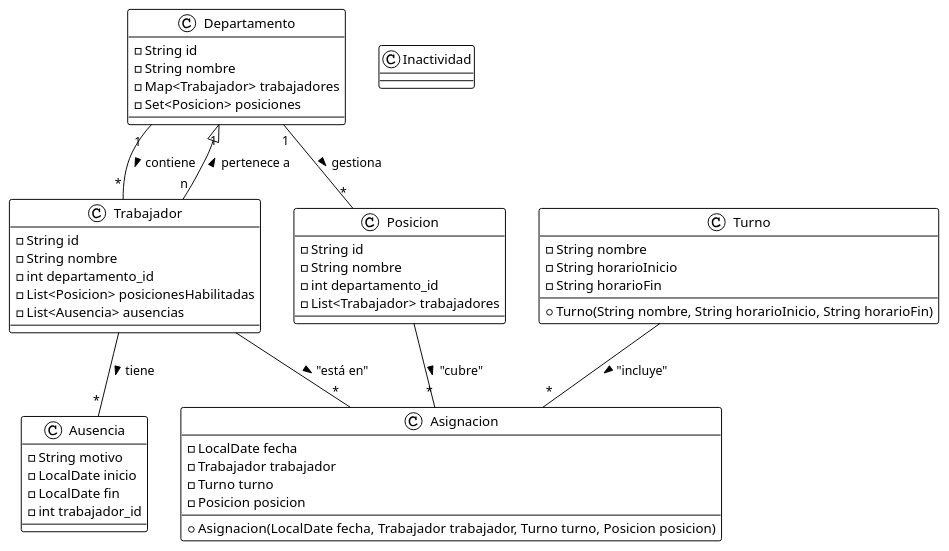
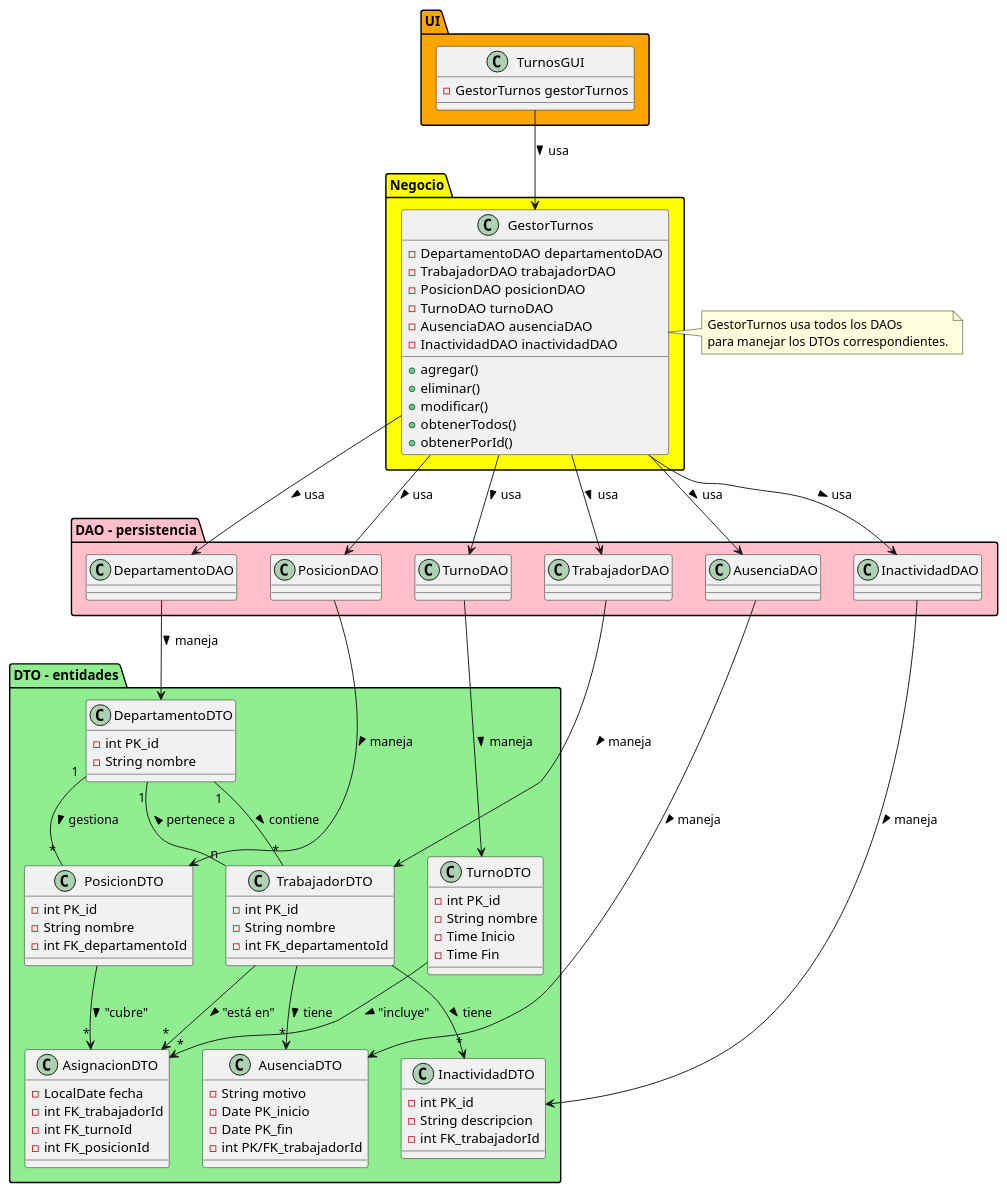
Before and after one commit to flpmarin/GestorDeTurnos: the diagram in DiagramaER.puml, drawn with PlantUML. The commit also changed 19 other files, not shown here.

Commit message:
actualizar diagrama de clases

```diff
--- a/DiagramaER.puml
+++ b/DiagramaER.puml
@@ -1,52 +1,109 @@
 @startuml turnos
-!theme plain
-class Departamento {
-    - String id
-    - String nombre
-    - Map<Trabajador> trabajadores
-    - Set<Posicion> posiciones
-}
-class Trabajador {
-    - String id
-    - String nombre
-    - int departamento_id
-    - List<Posicion> posicionesHabilitadas
-    - List<Ausencia> ausencias
-}
-class Turno {
-    - String nombre
-    - String horarioInicio
-    - String horarioFin
-    + Turno(String nombre, String horarioInicio, String horarioFin)
-}
-class Posicion {
-    - String id
-    - String nombre
-    - int departamento_id
-    - List<Trabajador> trabajadores
-}
-class Ausencia {
-    - String motivo
-    - LocalDate inicio
-    - LocalDate fin
-    - int trabajador_id
-}
-class Asignacion {
-    - LocalDate fecha
-    - Trabajador trabajador
-    - Turno turno
-    - Posicion posicion
-    + Asignacion(LocalDate fecha, Trabajador trabajador, Turno turno, Posicion posicion)
+' En un diagrama UML, las relaciones entre las clases a menudo se representan con líneas de asociación, por lo que no es necesario duplicar esta información en las listas dentro de las clases.
+package "DTO - entidades" #LightGreen {
+
+    class DepartamentoDTO {
+        - int PK_id
+        - String nombre
+    }
+    class TrabajadorDTO {
+        - int PK_id
+        - String nombre
+        - int FK_departamentoId
+    }
+    class TurnoDTO {
+        - int PK_id
+        - String nombre
+        - Time Inicio
+        - Time Fin
+    }
+    class PosicionDTO {
+        - int PK_id
+        - String nombre
+        - int FK_departamentoId
+    }
+
+    class AusenciaDTO {
+        - String motivo
+        - Date PK_inicio
+        - Date PK_fin
+        - int PK/FK_trabajadorId
+    }
+
+    class AsignacionDTO {
+        - LocalDate fecha
+        - int FK_trabajadorId
+        - int FK_turnoId
+        - int FK_posicionId
+    }
+    class InactividadDTO {
+        - int PK_id
+        - String descripcion
+        - int FK_trabajadorId
+    }
+
+
 }
 
-class Inactividad {
+package "Negocio" #Yellow {
+    class GestorTurnos {
+        - DepartamentoDAO departamentoDAO
+        - TrabajadorDAO trabajadorDAO
+        - PosicionDAO posicionDAO
+        - TurnoDAO turnoDAO
+        - AusenciaDAO ausenciaDAO
+        - InactividadDAO inactividadDAO
+        + agregar()
+        + eliminar()
+        + modificar()
+        + obtenerTodos()
+        + obtenerPorId()
+    }
 }
 
-Departamento "1" -- "*" Trabajador : contiene >
-Departamento "1" -- "*" Posicion : gestiona >
-Trabajador "n" --|> "1" Departamento : pertenece a >
-Trabajador -- "*" Ausencia : tiene >
-Trabajador -- "*" Asignacion : "está en" >
-Turno -- "*" Asignacion : "incluye" >
-Posicion -- "*" Asignacion : "cubre" >
+package "DAO - persistencia" #Pink {
+    class DepartamentoDAO {}
+    class TrabajadorDAO {}
+    class PosicionDAO {}
+    class TurnoDAO {}
+    class AusenciaDAO {}
+    class InactividadDAO {}
+}
+
+package "UI" #Orange {
+    class TurnosGUI {
+        - GestorTurnos gestorTurnos
+    }
+}
+
+DepartamentoDTO "1" -- "*" TrabajadorDTO : contiene >
+DepartamentoDTO "1" -- "*" PosicionDTO : gestiona >
+TrabajadorDTO "n" -- "1" DepartamentoDTO : pertenece a >
+TrabajadorDTO -down-> "*" AusenciaDTO : tiene >
+TrabajadorDTO -down-> "*" InactividadDTO : tiene >
+TrabajadorDTO -down-> "*" AsignacionDTO : "está en" >
+TurnoDTO -down-> "*" AsignacionDTO : "incluye" >
+PosicionDTO -down-> "*" AsignacionDTO : "cubre" >
+
+GestorTurnos -down-> DepartamentoDAO : usa >
+GestorTurnos -down-> TrabajadorDAO : usa >
+GestorTurnos -down-> PosicionDAO : usa >
+GestorTurnos -down-> TurnoDAO : usa >
+GestorTurnos -down-> AusenciaDAO : usa >
+GestorTurnos -down-> InactividadDAO : usa >
+
+DepartamentoDAO -down-> DepartamentoDTO : maneja >
+TrabajadorDAO -down-> TrabajadorDTO : maneja >
+PosicionDAO -down-> PosicionDTO : maneja >
+TurnoDAO -down-> TurnoDTO : maneja >
+AusenciaDAO -down-> AusenciaDTO : maneja >
+InactividadDAO -down-> InactividadDTO : maneja >
+
+TurnosGUI -down-> GestorTurnos : usa >
+
+note right of GestorTurnos
+    GestorTurnos usa todos los DAOs
+    para manejar los DTOs correspondientes.
+end note
+
 @enduml
```
